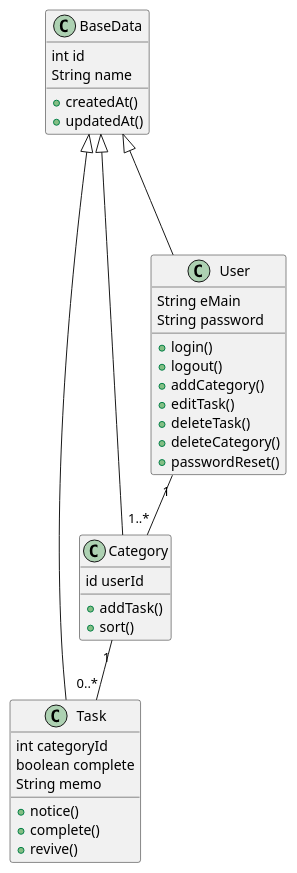
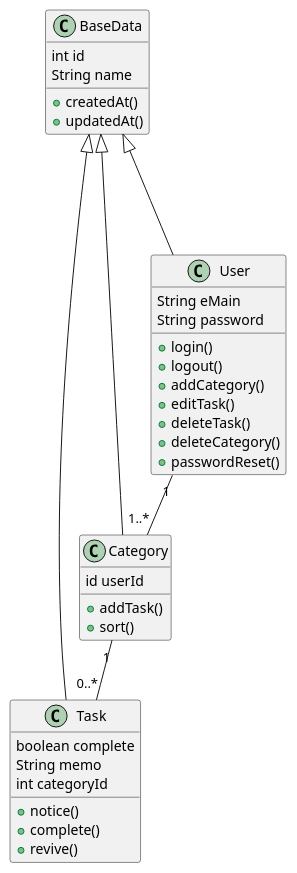
One commit to e2054hottie/java_sample changed the diagram in docs/todolist.puml. Above: the diagram before and after it, drawn with PlantUML.

Commit message:
クラス図を修正しました。

```diff
--- a/docs/todolist.puml
+++ b/docs/todolist.puml
@@ -1,49 +1,49 @@
 @startuml
 class BaseData{
     int id
     String name
 
     +createdAt()
     +updatedAt()
 }
 
 class Task{
-    int categoryId
     boolean complete
     String memo
+    int categoryId
 
     +notice()
     +complete()
     +revive()
 }
 
 class Category {
     id userId
 
     +addTask()
     +sort()
 }
 
 class User{
-    String eMain 
+    String eMain
     String password
 
     +login()
     +logout()
     +addCategory()
     +editTask()
     +deleteTask()
     +deleteCategory()
     +passwordReset()
 }
 
 
 
 BaseData<|---- Category
 BaseData<|-- User
 BaseData<|---- Task
 
 User "1" -- "1..*" Category
 Category "1" -- "0..*" Task
 
 @enduml
```
